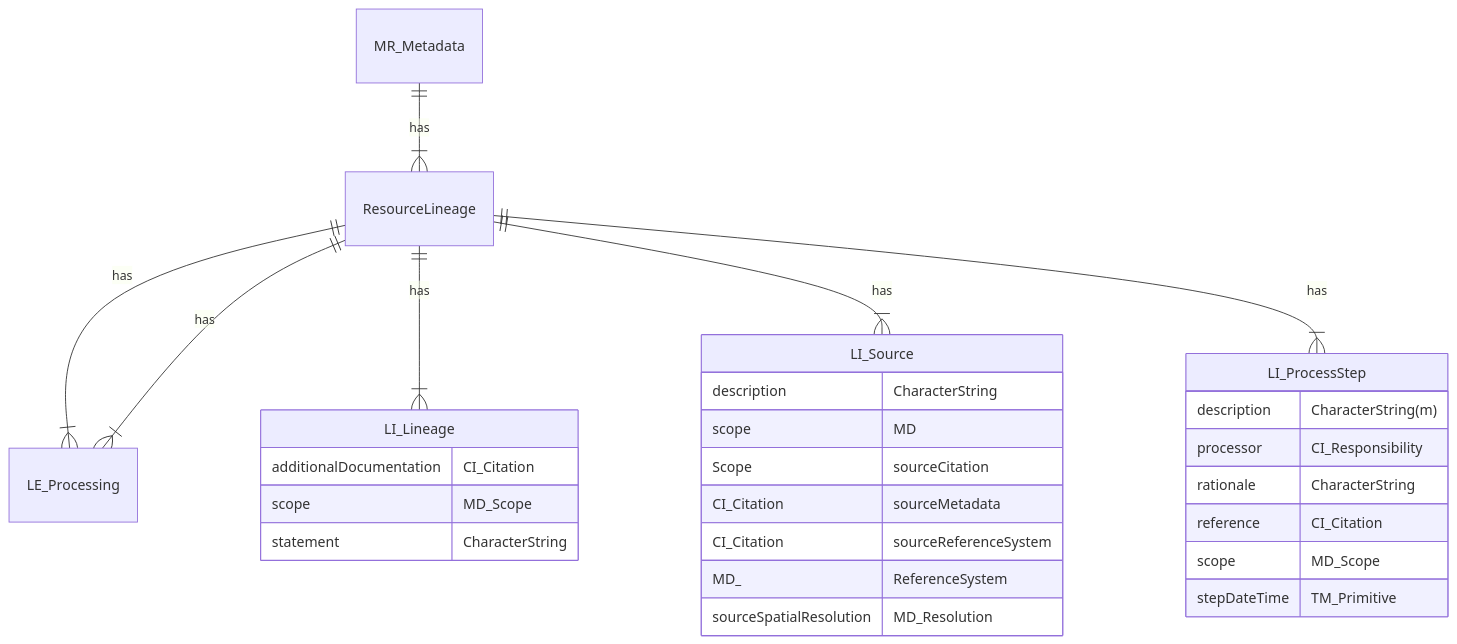
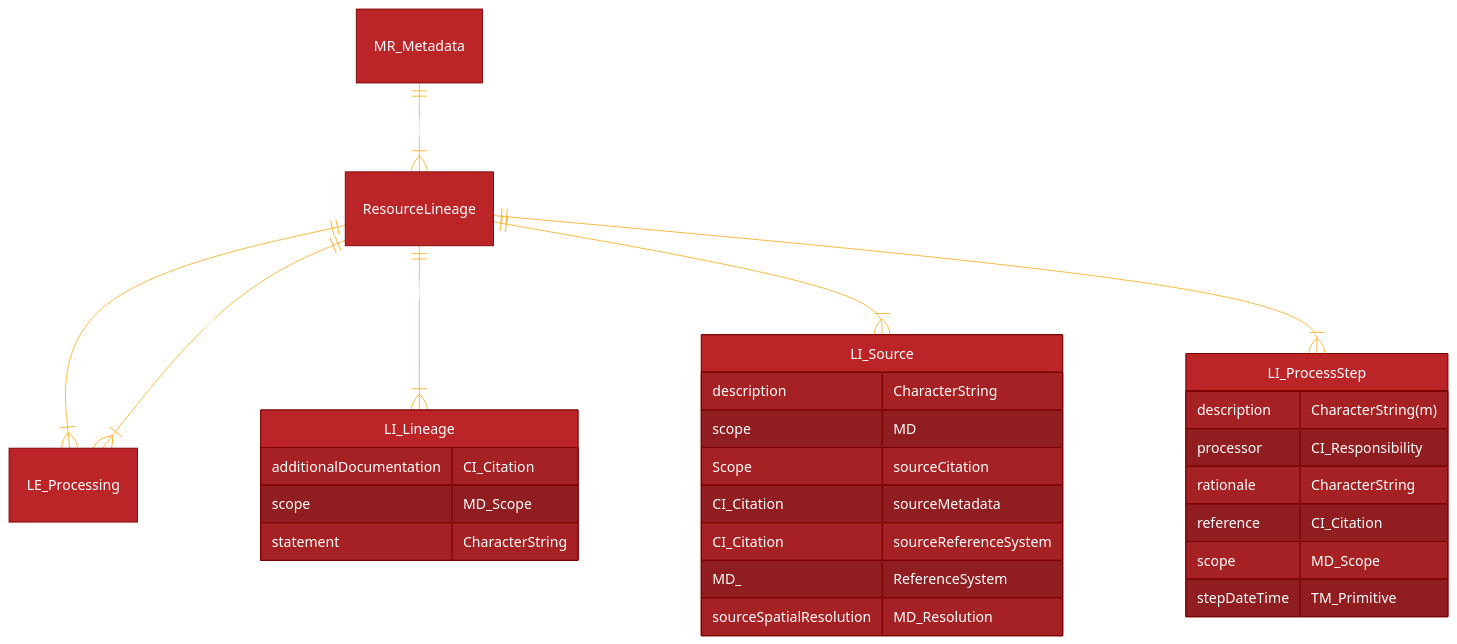
The diagram in docs/source/references/iso/mrl/LI_Lineage.mmd (fgdcgov/sdi), drawn with Mermaid before and after one commit.

Commit message:
Update LI_Lineage.mmd - dark mode

```diff
--- a/docs/source/references/iso/mrl/LI_Lineage.mmd
+++ b/docs/source/references/iso/mrl/LI_Lineage.mmd
@@ -1,52 +1,56 @@
-%%{init: {
-  "theme": "default",
-  "themeCSS": [
-    ".er.relationshipLabel { fill: black; }", 
-    ".er.relationshipLabelBox { fill: white; }", 
-    ".er.entityBox { fill: lightgray; }",
-    "[id^=entity-some] .er.entityBox { fill: lightgreen;} ",
-    "[id^=entity-mytable] .er.entityBox { fill: powderblue;} ",
-    "[id^=entity-anothertable] .er.entityBox { fill: pink;} "
-    ]
-}}%%
+%%{
+  init: {
+    'theme': 'base',
+    'themeVariables': {
+      'darkMode': 'true',
+      'primaryColor': '#BB2528',
+      'primaryTextColor': '#fff',
+      'primaryBorderColor': '#7C0000',
+      'lineColor': '#F8B229',
+      'secondaryColor': '#006100',
+      'tertiaryColor': '#fff',
+      'noteTextColor': '#000'
+    }
+  }
+}%%
 erDiagram
 %% use this link to find the standard 
 %%https//schemas.isotc211.org/19115/-3/mrl/2.0/
 %% https//schemas.isotc211.org/19115/-3/mrl/2.0/mrl/#element_LE_Algorithm
 
 %% Identify the first level hierarchy
 MR_Metadata
 MR_Metadata ||--|{ResourceLineage : "has"
 
 %% Identify the second level hierarchy
 
 ResourceLineage
 
     ResourceLineage ||--|{LE_Processing : "has"
     ResourceLineage ||--|{LI_Lineage : "has"
     ResourceLineage ||--|{LI_Source : "has"
     ResourceLineage ||--|{LI_ProcessStep : "has"
     ResourceLineage ||--|{LE_Processing : "has"
     
     LE_Processing
     LI_ProcessStep {
         description CharacterString(m)
         processor  CI_Responsibility
         rationale CharacterString
         reference CI_Citation
         scope MD_Scope
         stepDateTime TM_Primitive
     }
     LI_Source {
         description CharacterString 
         scope MD Scope
         sourceCitation CI_Citation
         sourceMetadata CI_Citation
         sourceReferenceSystem MD_ ReferenceSystem
         sourceSpatialResolution MD_Resolution
     }
     LI_Lineage {
         additionalDocumentation CI_Citation
         scope MD_Scope 
         statement CharacterString 
     }
```
